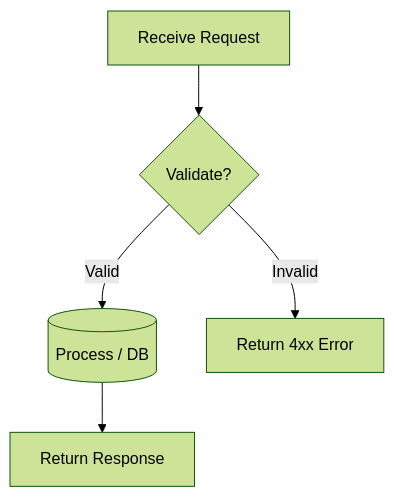
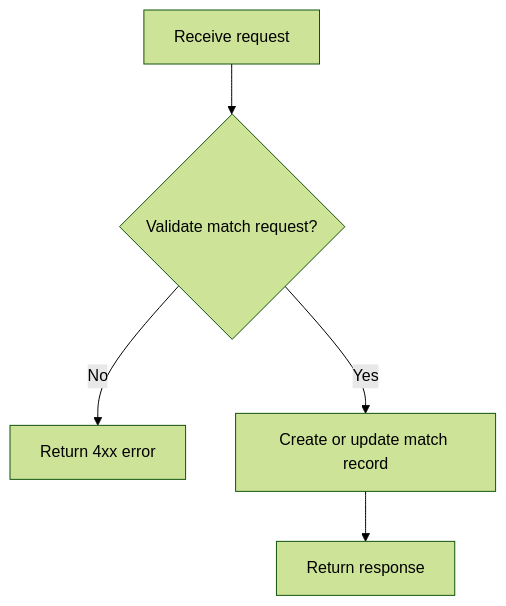
One commit to dpbL5/glicko2-matchmaking-system changed the fourth of 8 diagrams in docs/analysis-and-design.md. Above: the diagram before and after it, drawn with Mermaid (forest theme). The commit also changed other lines of this file and 16 other files, not shown here.

````diff
--- a/docs/analysis-and-design.md
+++ b/docs/analysis-and-design.md
@@ -217,7 +319,7 @@
 ```mermaid
 flowchart TD
-    A[Receive Request] --> B{Validate?}
-    B -->|Valid| C[(Process / DB)]
-    B -->|Invalid| D[Return 4xx Error]
-    C --> E[Return Response]
+    A[Receive request] --> B{Validate match request?}
+    B -->|No| C[Return 4xx error]
+    B -->|Yes| D[Create or update match record]
+    D --> E[Return response]
 ```
````
